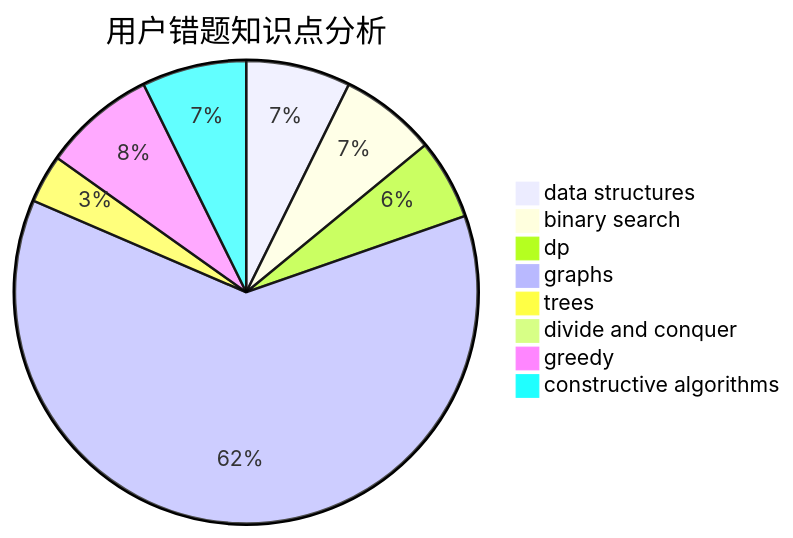
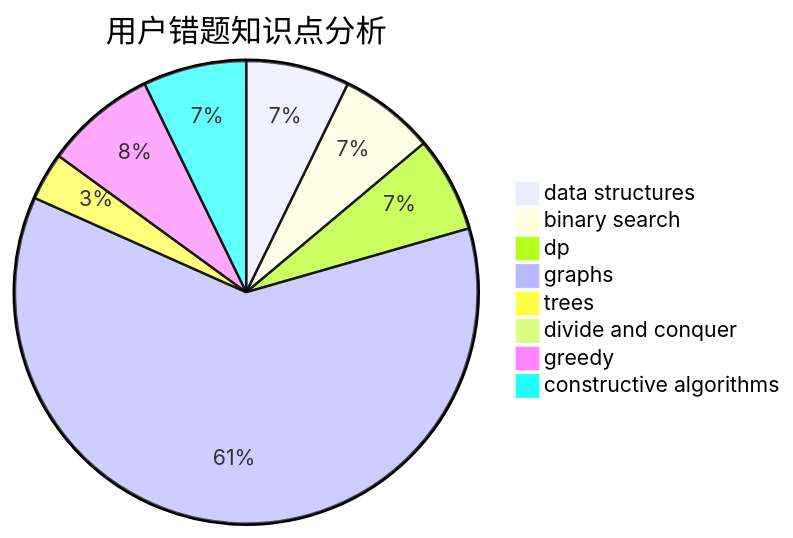
Before and after one commit to sherpahu/cfrs.github.io: the third of 3 diagrams in docs/user/u2169.md, drawn with Mermaid. The commit also changed other lines of this file and 2770 other files, not shown here.

````diff
--- a/docs/user/u2169.md
+++ b/docs/user/u2169.md
@@ -36,11 +36,11 @@
 ```mermaid
 pie title 用户错题知识点分析
     "data structures" :  13
     "binary search" :  12
-    "dp" :  10
+    "dp" :  12
     "graphs" :  110
     "trees" :  6
     "divide and conquer" :  0
     "greedy" :  14
     "constructive algorithms" :  13
 ```
````
